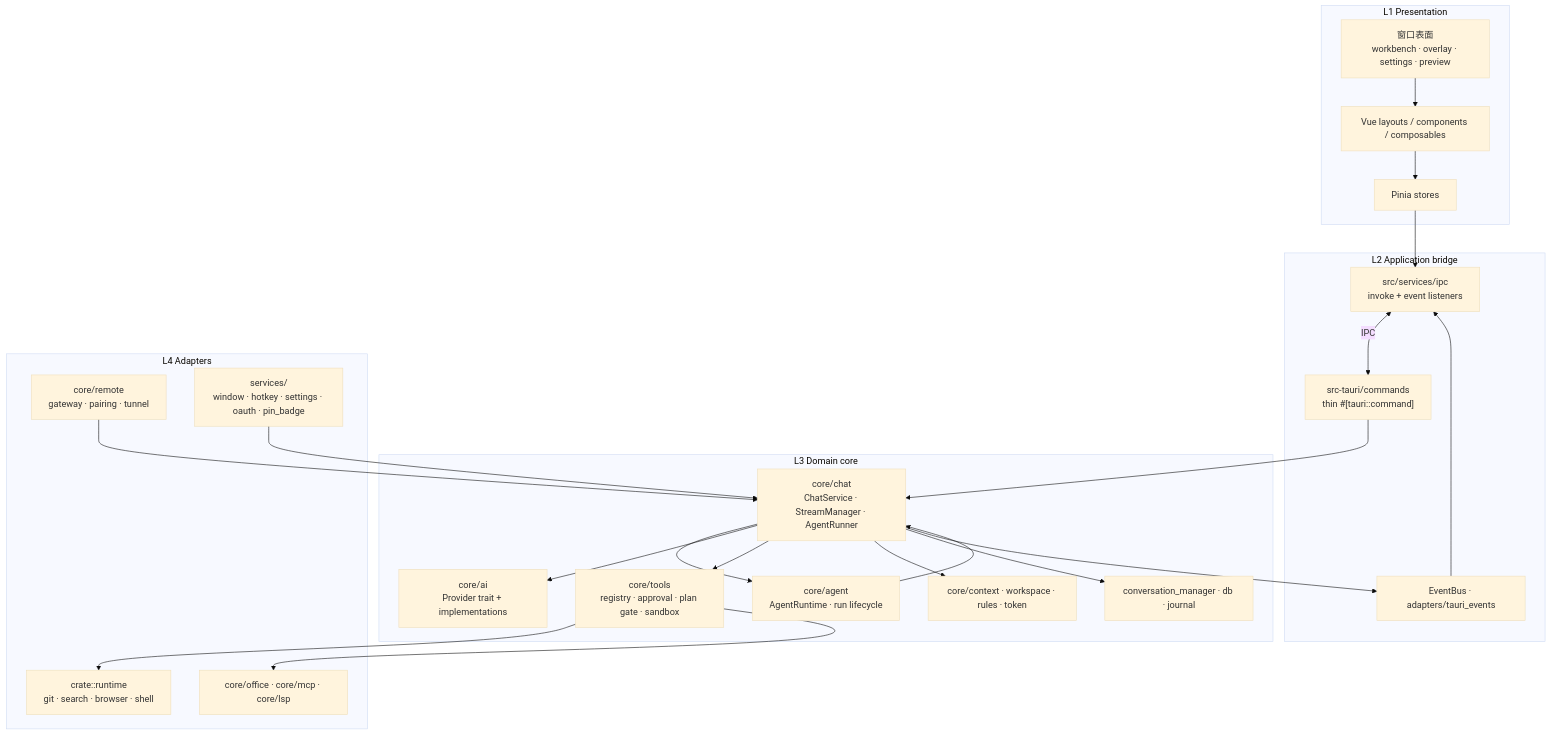
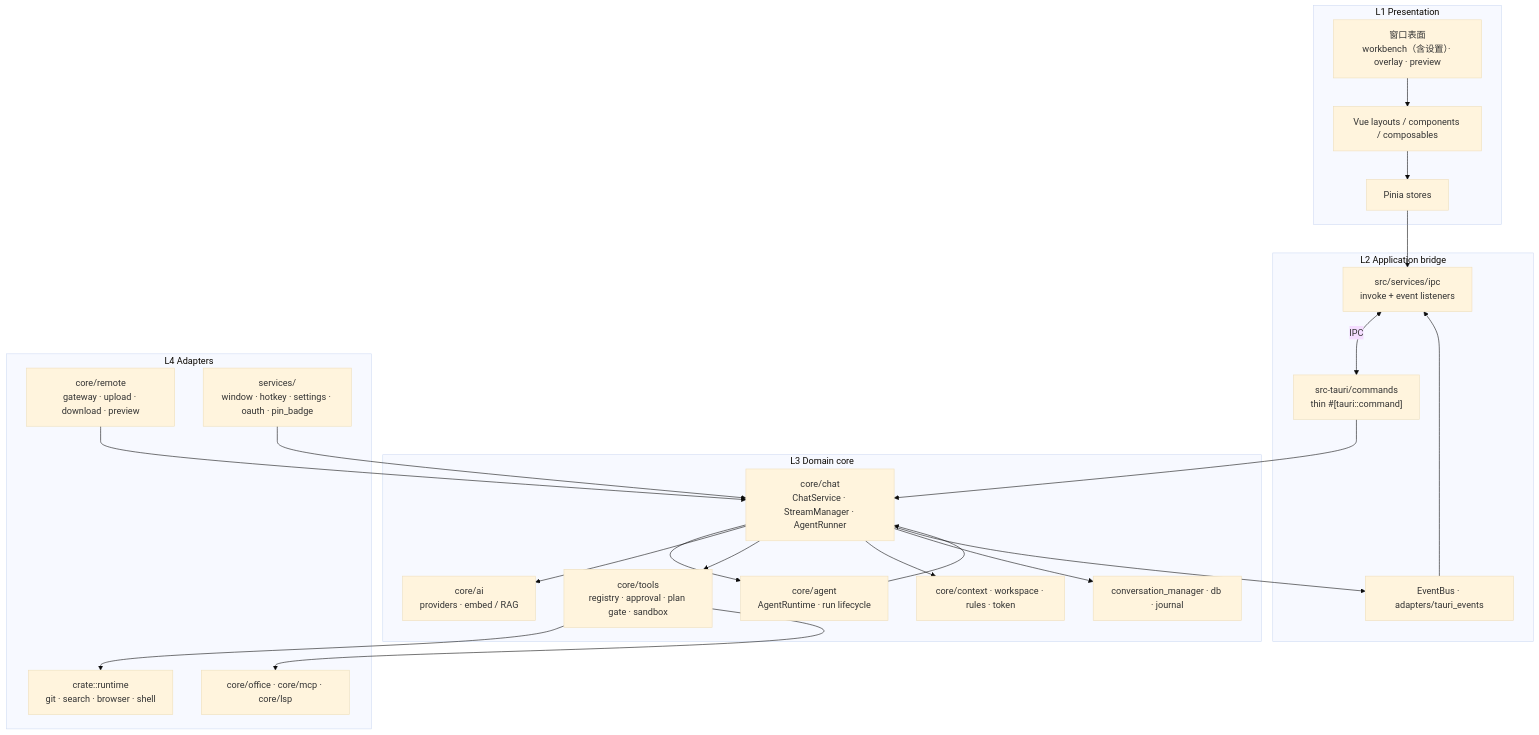
Before and after one commit to rururunu/Anya: the second of 18 diagrams in docs/architecture-overview.zh-CN.md, drawn with Mermaid (base theme). The commit also changed other lines of this file and 86 other files, not shown here.

````diff
--- a/docs/architecture-overview.zh-CN.md
+++ b/docs/architecture-overview.zh-CN.md
@@ -76,46 +78,46 @@
 ```mermaid
 flowchart TB
   subgraph Presentation["L1 Presentation"]
-    Win["窗口表面<br/>workbench · overlay · settings · preview"]
+    Win["窗口表面<br/>workbench（含设置）· overlay · preview"]
     UI["Vue layouts / components / composables"]
     Store["Pinia stores"]
   end
 
   subgraph Bridge["L2 Application bridge"]
     FeIpc["src/services/ipc<br/>invoke + event listeners"]
     Cmd["src-tauri/commands<br/>thin #[tauri::command]"]
     Bus["EventBus · adapters/tauri_events"]
   end
 
   subgraph Domain["L3 Domain core"]
     Chat["core/chat<br/>ChatService · StreamManager · AgentRunner"]
     AgentShell["core/agent<br/>AgentRuntime · run lifecycle"]
-    Ai["core/ai<br/>Provider trait + implementations"]
+    Ai["core/ai<br/>providers · embed / RAG"]
     Tools["core/tools<br/>registry · approval · plan gate · sandbox"]
     Ctx["core/context · workspace · rules · token"]
     Persist["conversation_manager · db · journal"]
   end
 
   subgraph Adapters["L4 Adapters"]
     Rt["crate::runtime<br/>git · search · browser · shell"]
     OfficeCore["core/office · core/mcp · core/lsp"]
-    Remote["core/remote<br/>gateway · pairing · tunnel"]
+    Remote["core/remote<br/>gateway · upload · download · preview"]
     Svc["services/<br/>window · hotkey · settings · oauth · pin_badge"]
   end
 
   Win --> UI --> Store --> FeIpc
   FeIpc <-->|IPC| Cmd
   Cmd --> Chat
   Svc --> Chat
   Chat --> AgentShell
   AgentShell --> Chat
   Chat --> Ai
   Chat --> Tools
   Chat --> Ctx
   Chat --> Persist
   Tools --> Rt
   Tools --> OfficeCore
   Remote --> Chat
   Bus --> FeIpc
   Chat --> Bus
 ```
````
